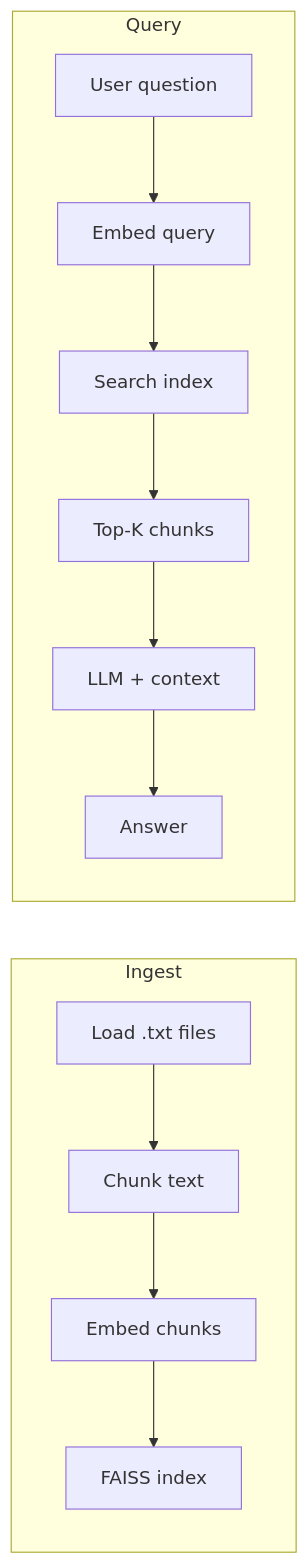
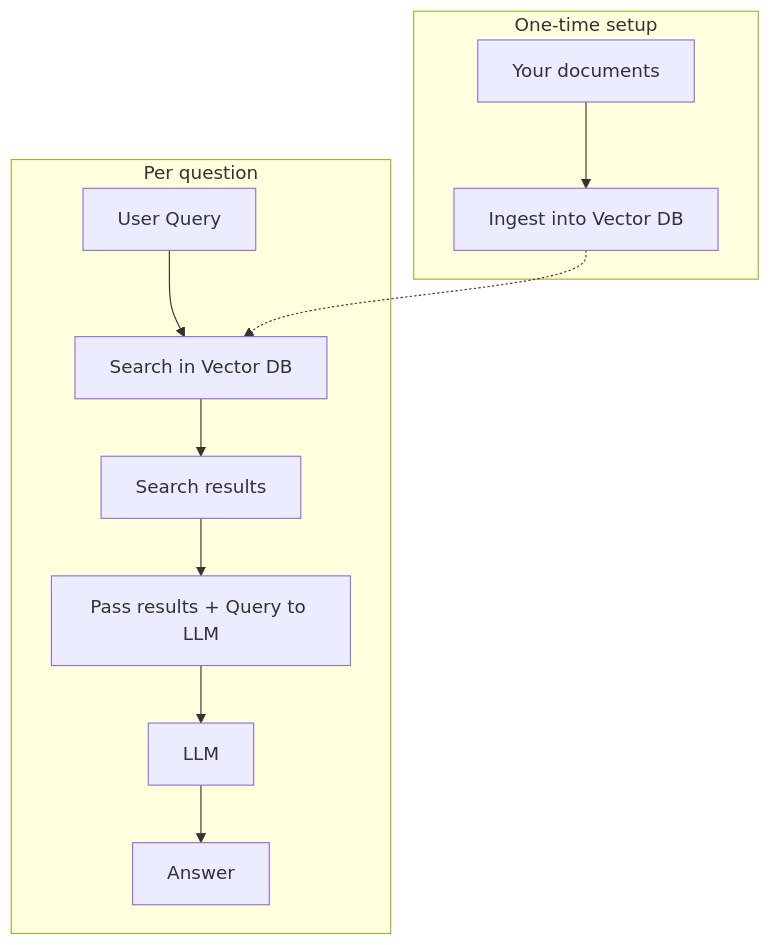
One commit to costaivo/workshop-rag changed the second of 4 diagrams in docs/rag-tutorial-basic.md. Above: the diagram before and after it, drawn with Mermaid. The commit also changed other lines of this file, not shown here.

Commit message:
Revise RAG tutorial documentation for clarity and structure. Update the overview and high-level sections to better explain the RAG process, including the roles of ingestion, retrieval, and generation. Enhance diagrams for improved understanding and streamline the content for better readability.

````diff
--- a/docs/rag-tutorial-basic.md
+++ b/docs/rag-tutorial-basic.md
@@ -23,15 +25,16 @@
 ```mermaid
-flowchart LR
-    subgraph Ingest
-        A[Load .txt files] --> B[Chunk text]
-        B --> C[Embed chunks]
-        C --> D[FAISS index]
+flowchart TB
+    subgraph Setup["One-time setup"]
+        D[Your documents] --> I[Ingest into Vector DB]
     end
-    subgraph Query
-        Q[User question] --> E[Embed query]
-        E --> F[Search index]
-        F --> G[Top-K chunks]
-        G --> H[LLM + context]
-        H --> A2[Answer]
+
+    subgraph Query["Per question"]
+        A[User Query] --> S[Search in Vector DB]
+        S --> R[Search results]
+        R --> P[Pass results + Query to LLM]
+        P --> LLM[LLM]
+        LLM --> C[Answer]
     end
+
+    I -.-> S
 ```
````
